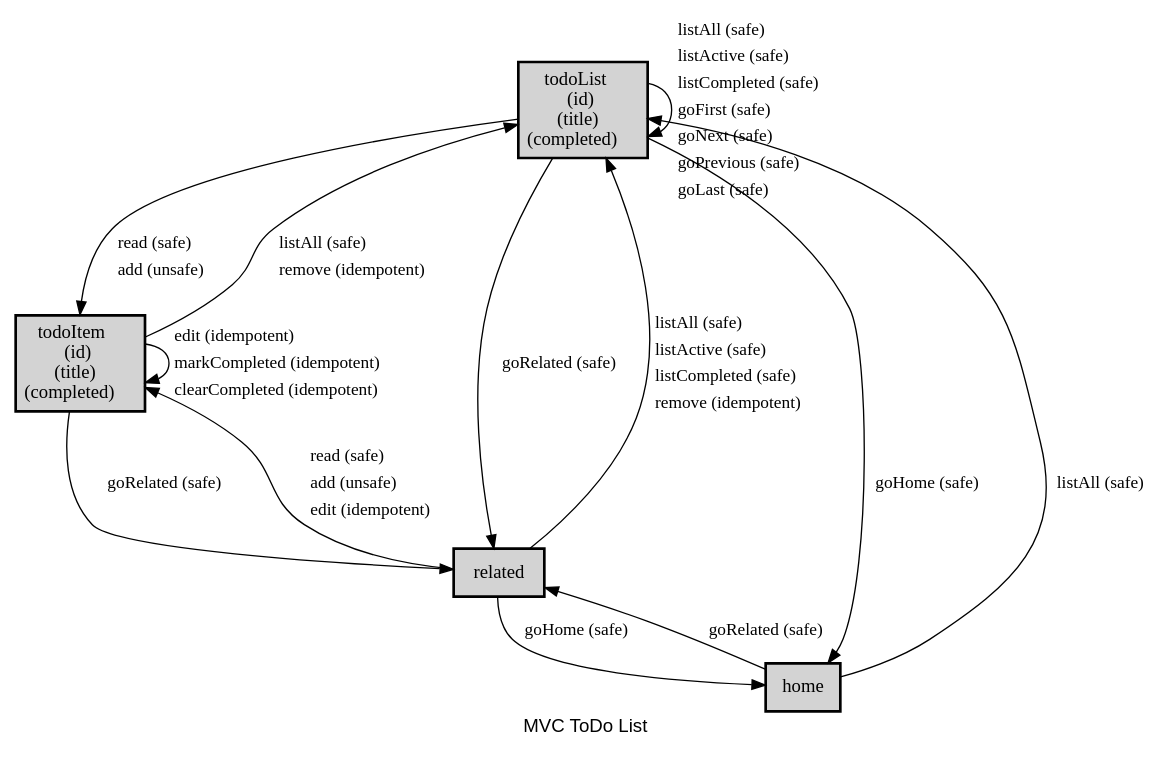
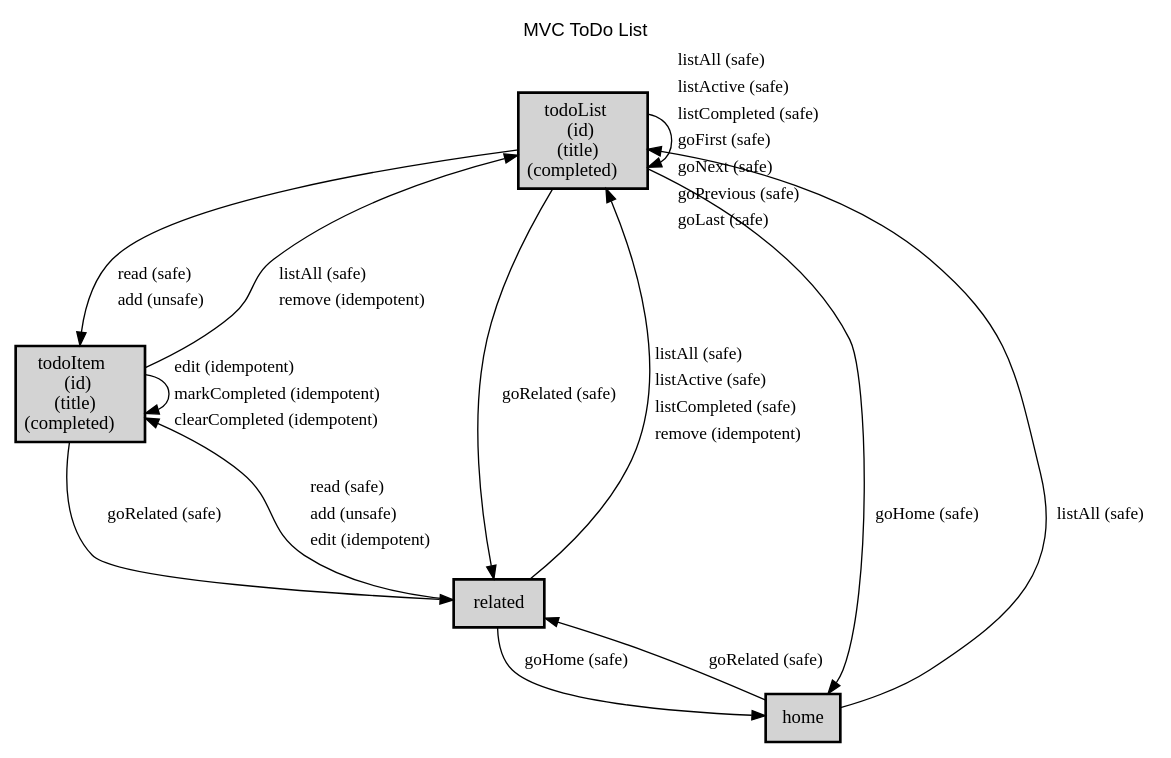
The diagram in docs/todomvc/profile.dot (alps-asd/app-state-diagram), drawn with Graphviz before and after one commit. The commit also changed 1 other file, not shown here.

```diff
--- a/docs/todomvc/profile.dot
+++ b/docs/todomvc/profile.dot
@@ -1,29 +1,29 @@
 digraph application_state_diagram {
   graph [
-    labelloc="b";
+    labelloc="t";
     fontname="Helvetica"
     label="MVC ToDo List";
     URL="index.html" target="_parent"
   ];
   node [shape = box, style = "bold,filled" fillcolor="lightgray"];
 
     todoList [margin=0.02, label=<<table cellspacing="0" cellpadding="5" border="0"><tr><td>todoList<br />(id)<br />(title)<br />(completed)<br /></td></tr></table>>,shape=box URL="docs/semantic.todoList.html" target="_parent"]
     todoItem [margin=0.02, label=<<table cellspacing="0" cellpadding="5" border="0"><tr><td>todoItem<br />(id)<br />(title)<br />(completed)<br /></td></tr></table>>,shape=box URL="docs/semantic.todoItem.html" target="_parent"]
 
     home -> todoList [label = "listAll (safe)" URL="docs/safe.listAll.html" target="_parent" fontsize=13];
     home -> related [label = "goRelated (safe)" URL="docs/safe.goRelated.html" target="_parent" fontsize=13];
     related -> home [label = "goHome (safe)" URL="docs/safe.goHome.html" target="_parent" fontsize=13];
     related -> todoList [label=<<table  border="0"><tr><td align="left" href="docs/safe.listAll.html">listAll (safe)</td></tr><tr><td align="left" href="docs/safe.listActive.html">listActive (safe)</td></tr><tr><td align="left" href="docs/safe.listCompleted.html">listCompleted (safe)</td></tr><tr><td align="left" href="docs/idempotent.remove.html">remove (idempotent)</td></tr></table>> fontsize=13];
     related -> todoItem [label=<<table  border="0"><tr><td align="left" href="docs/safe.read.html">read (safe)</td></tr><tr><td align="left" href="docs/unsafe.add.html">add (unsafe)</td></tr><tr><td align="left" href="docs/idempotent.edit.html">edit (idempotent)</td></tr></table>> fontsize=13];
     todoList -> todoItem [label=<<table  border="0"><tr><td align="left" href="docs/safe.read.html">read (safe)</td></tr><tr><td align="left" href="docs/unsafe.add.html">add (unsafe)</td></tr></table>> fontsize=13];
     todoList -> todoList [label=<<table  border="0"><tr><td align="left" href="docs/safe.listAll.html">listAll (safe)</td></tr><tr><td align="left" href="docs/safe.listActive.html">listActive (safe)</td></tr><tr><td align="left" href="docs/safe.listCompleted.html">listCompleted (safe)</td></tr><tr><td align="left" href="docs/safe.goFirst.html">goFirst (safe)</td></tr><tr><td align="left" href="docs/safe.goNext.html">goNext (safe)</td></tr><tr><td align="left" href="docs/safe.goPrevious.html">goPrevious (safe)</td></tr><tr><td align="left" href="docs/safe.goLast.html">goLast (safe)</td></tr></table>> fontsize=13];
     todoList -> home [label = "goHome (safe)" URL="docs/safe.goHome.html" target="_parent" fontsize=13];
     todoList -> related [label = "goRelated (safe)" URL="docs/safe.goRelated.html" target="_parent" fontsize=13];
     todoItem -> todoList [label=<<table  border="0"><tr><td align="left" href="docs/safe.listAll.html">listAll (safe)</td></tr><tr><td align="left" href="docs/idempotent.remove.html">remove (idempotent)</td></tr></table>> fontsize=13];
     todoItem -> todoItem [label=<<table  border="0"><tr><td align="left" href="docs/idempotent.edit.html">edit (idempotent)</td></tr><tr><td align="left" href="docs/idempotent.markCompleted.html">markCompleted (idempotent)</td></tr><tr><td align="left" href="docs/idempotent.clearCompleted.html">clearCompleted (idempotent)</td></tr></table>> fontsize=13];
     todoItem -> related [label = "goRelated (safe)" URL="docs/safe.goRelated.html" target="_parent" fontsize=13];
 
     home [URL="docs/semantic.home.html" target="_parent"]
     related [URL="docs/semantic.related.html" target="_parent"]
 
 }
```
